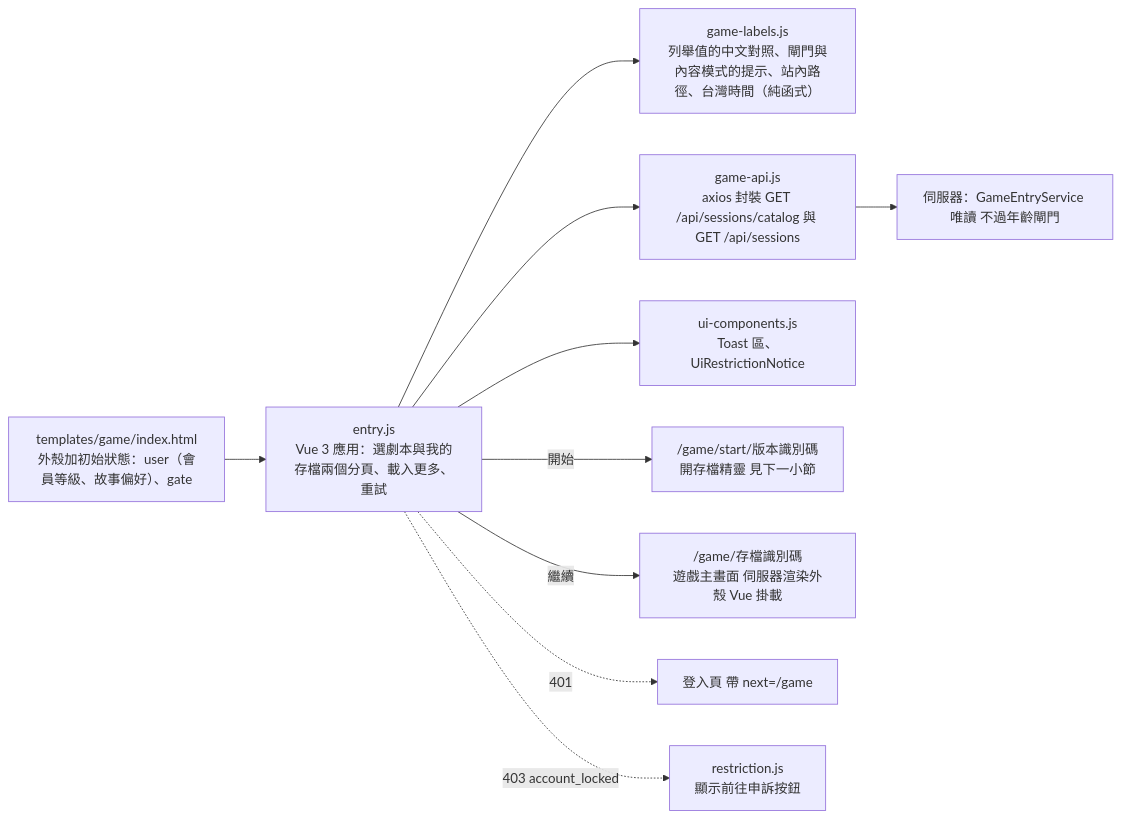
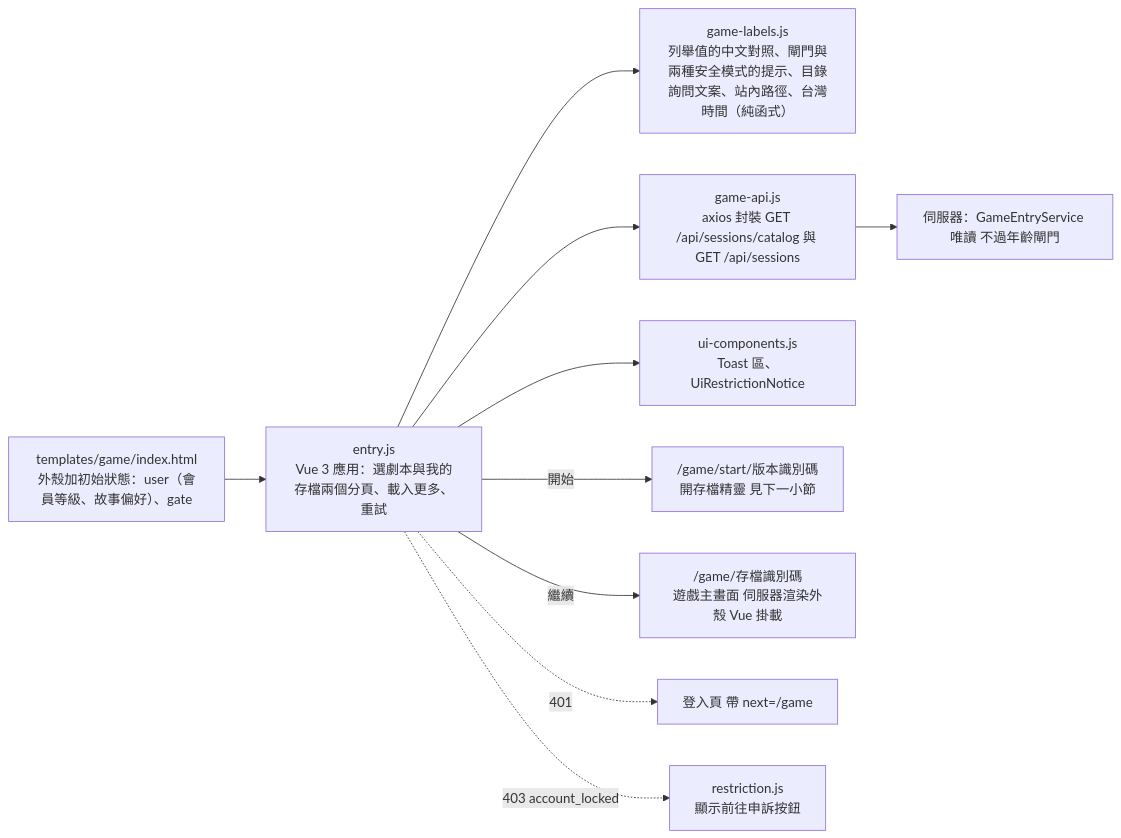
One commit to pp466pp466/R.A.C changed the seventh of 13 diagrams in docs/前端結構-frontend.md. Above: the diagram before and after it, drawn with Mermaid. The commit also changed other lines of this file and 29 other files, not shown here.

````diff
--- a/docs/前端結構-frontend.md
+++ b/docs/前端結構-frontend.md
@@ -173,12 +174,12 @@
 ```mermaid
 flowchart LR
     Html["templates/game/index.html<br/>外殼加初始狀態：user（會員等級、故事偏好）、gate"] --> En
-    En["entry.js<br/>Vue 3 應用：選劇本與我的存檔兩個分頁、載入更多、重試"] --> Labels["game-labels.js<br/>列舉值的中文對照、閘門與內容模式的提示、站內路徑、台灣時間（純函式）"]
+    En["entry.js<br/>Vue 3 應用：選劇本與我的存檔兩個分頁、載入更多、重試"] --> Labels["game-labels.js<br/>列舉值的中文對照、閘門與兩種安全模式的提示、目錄詢問文案、站內路徑、台灣時間（純函式）"]
     En --> Api["game-api.js<br/>axios 封裝 GET /api/sessions/catalog 與 GET /api/sessions"]
     En --> Ui["ui-components.js<br/>Toast 區、UiRestrictionNotice"]
     Api --> Srv["伺服器：GameEntryService 唯讀 不過年齡閘門"]
     En -->|"開始"| Start["/game/start/版本識別碼<br/>開存檔精靈 見下一小節"]
     En -->|"繼續"| Save["/game/存檔識別碼<br/>遊戲主畫面 伺服器渲染外殼 Vue 掛載"]
     En -.->|"401"| Login["登入頁 帶 next=/game"]
     En -.->|"403 account_locked"| Rs["restriction.js<br/>顯示前往申訴按鈕"]
 ```
````
